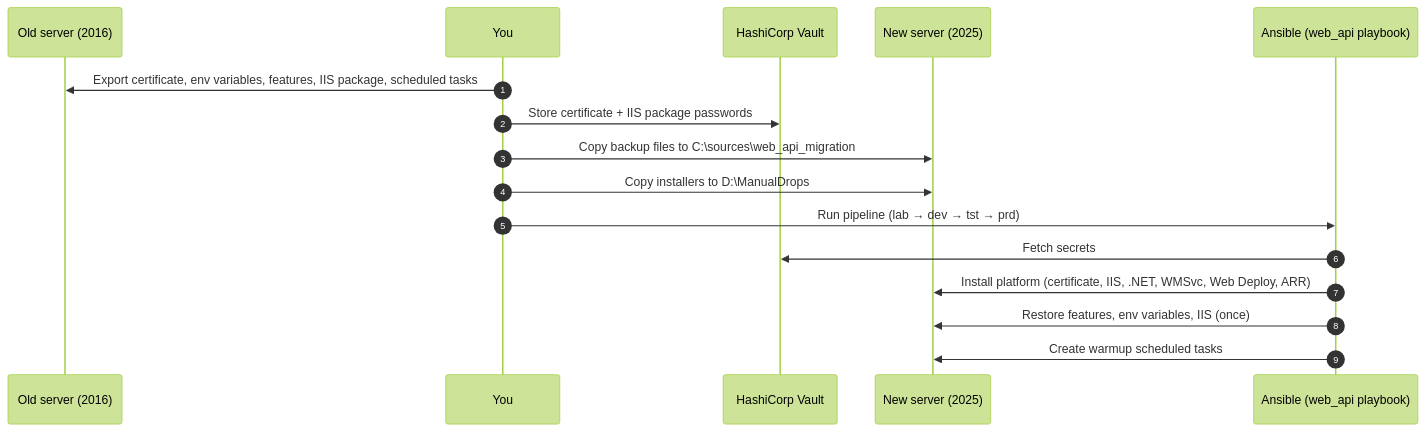
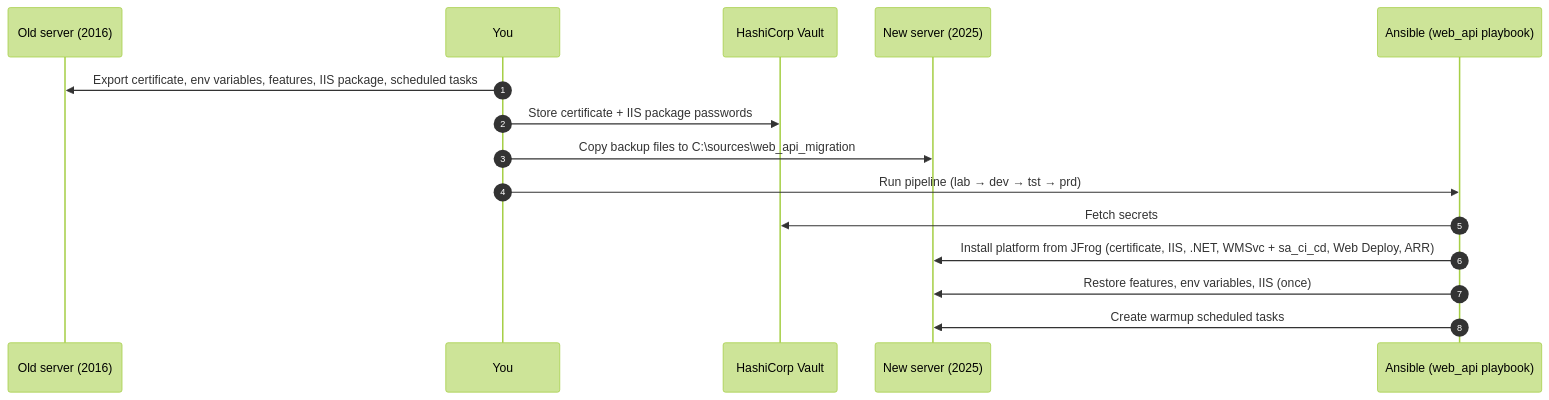
Before and after one commit to kriarun/ansible-lab: the second of 3 diagrams in docs/web_api_migration.md, drawn with Mermaid (forest theme). The commit also changed other lines of this file and 3 other files, not shown here.

````diff
--- a/docs/web_api_migration.md
+++ b/docs/web_api_migration.md
@@ -77,19 +66,18 @@
 ```mermaid
 sequenceDiagram
     autonumber
     participant Old as Old server (2016)
     participant You as You
     participant Vault as HashiCorp Vault
     participant New as New server (2025)
     participant Ans as Ansible (web_api playbook)
 
     You->>Old: Export certificate, env variables, features, IIS package, scheduled tasks
     You->>Vault: Store certificate + IIS package passwords
     You->>New: Copy backup files to C:\sources\web_api_migration
-    You->>New: Copy installers to D:\ManualDrops
     You->>Ans: Run pipeline (lab → dev → tst → prd)
     Ans->>Vault: Fetch secrets
-    Ans->>New: Install platform (certificate, IIS, .NET, WMSvc, Web Deploy, ARR)
+    Ans->>New: Install platform from JFrog (certificate, IIS, .NET, WMSvc + sa_ci_cd, Web Deploy, ARR)
     Ans->>New: Restore features, env variables, IIS (once)
     Ans->>New: Create warmup scheduled tasks
 ```
````
